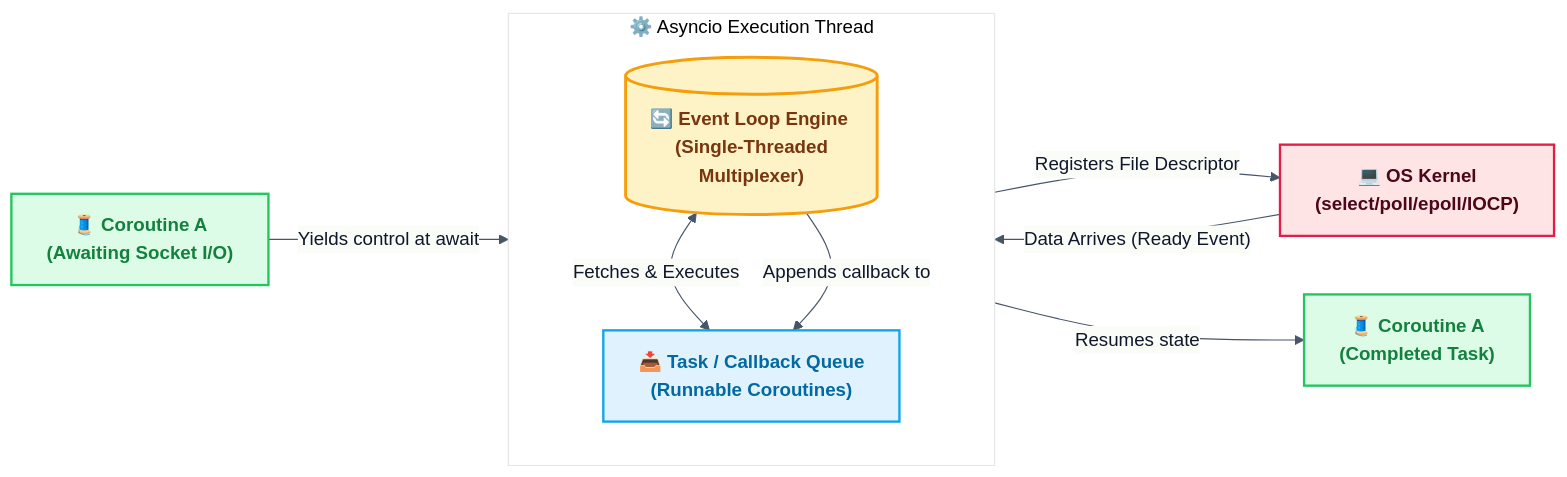
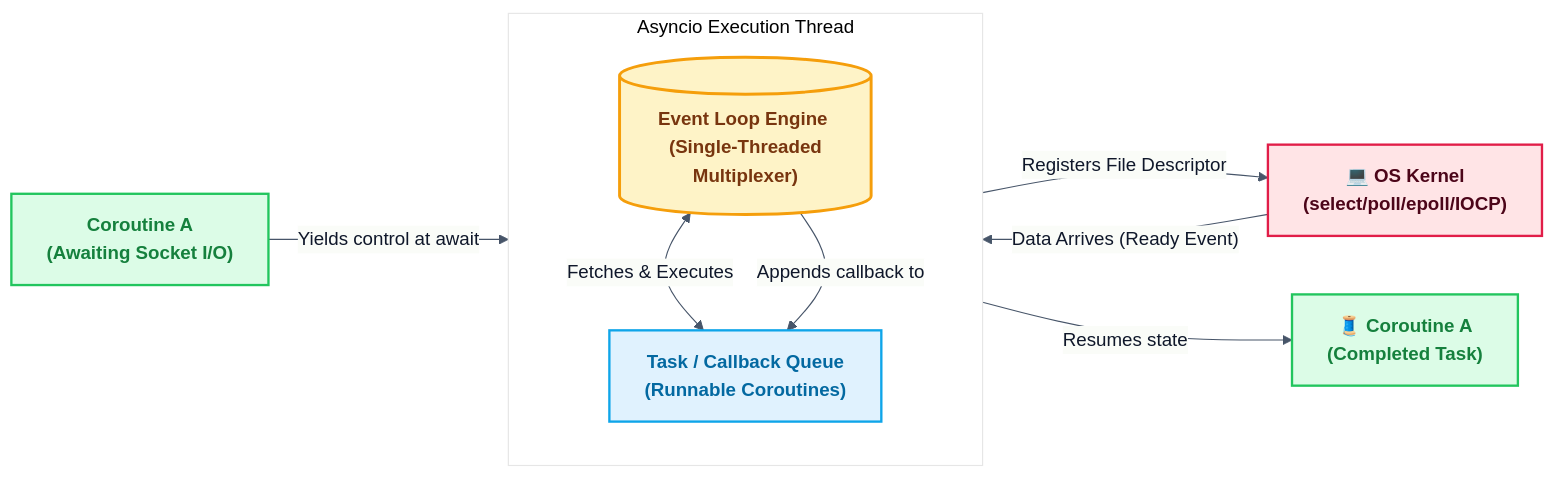
The second of 5 diagrams in 23FA-025-SE/Chapter05/README.md (RameenAnwar/PDC-SP26-SE), drawn with Mermaid before and after one commit. The commit also changed other lines of this file and 5 other files, not shown here.

````diff
--- a/23FA-025-SE/Chapter05/README.md
+++ b/23FA-025-SE/Chapter05/README.md
@@ -77,29 +77,29 @@
 ```mermaid
 %%{init: {'theme': 'base', 'themeVariables': { 'lineColor': '#475569', 'primaryColor': '#f8fafc', 'primaryTextColor': '#0f172a', 'primaryBorderColor': '#cbd5e1' }}}%%
 flowchart LR
     %% Premium Event Loop Architecture Diagram
     classDef loop fill:#fef3c7,stroke:#f59e0b,stroke-width:2.5px,color:#78350f,font-weight:bold
     classDef queue fill:#e0f2fe,stroke:#0ea5e9,stroke-width:2px,color:#0369a1,font-weight:bold
     classDef kernel fill:#ffe4e6,stroke:#e11d48,stroke-width:2px,color:#4c0519,font-weight:bold
     classDef coro fill:#dcfce7,stroke:#22c55e,stroke-width:2px,color:#15803d,font-weight:bold
 
-    subgraph ASYNC_ENV ["⚙️ Asyncio Execution Thread"]
+    subgraph ASYNC_ENV [" Asyncio Execution Thread"]
         direction TB
-        EL[("🔄 Event Loop Engine <br> (Single-Threaded Multiplexer)")]
-        TQ["📥 Task / Callback Queue <br> (Runnable Coroutines)"]
+        EL[(" Event Loop Engine <br> (Single-Threaded Multiplexer)")]
+        TQ["Task / Callback Queue <br> (Runnable Coroutines)"]
         
         EL <-->|Fetches & Executes| TQ
     end
 
-    C1["🧵 Coroutine A <br> (Awaiting Socket I/O)"] -->|Yields control at await| EL
+    C1[" Coroutine A <br> (Awaiting Socket I/O)"] -->|Yields control at await| EL
     EL -->|Registers File Descriptor| OS["💻 OS Kernel <br> (select/poll/epoll/IOCP)"]
     
     OS -->|"Data Arrives (Ready Event)"| EL
     EL -->|Appends callback to| TQ
     TQ -->|Resumes state| C2["🧵 Coroutine A <br> (Completed Task)"]
 
     class EL loop
     class TQ queue
     class OS kernel
     class C1,C2 coro
 ```
````
